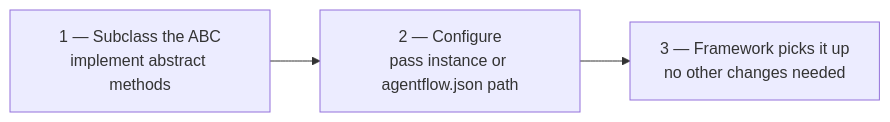
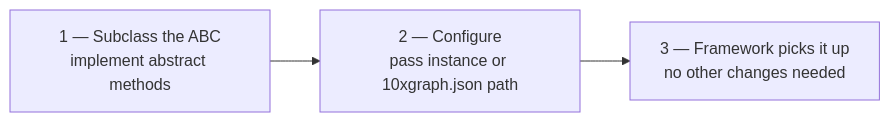
Before and after one commit to 10xHub/agentflow-docs: the second of 2 diagrams in src/content/docs/concepts/extensibility.md, drawn with Mermaid. The commit also changed other lines of this file and 237 other files, not shown here.

````diff
--- a/src/content/docs/concepts/extensibility.md
+++ b/src/content/docs/concepts/extensibility.md
@@ -74,6 +74,6 @@
 ```mermaid
 flowchart LR
   SUB["1 — Subclass the ABC\nimplement abstract methods"] -->
-  CFG["2 — Configure\npass instance or agentflow.json path"] -->
+  CFG["2 — Configure\npass instance or 10xgraph.json path"] -->
   RUN["3 — Framework picks it up\nno other changes needed"]
 ```
````
